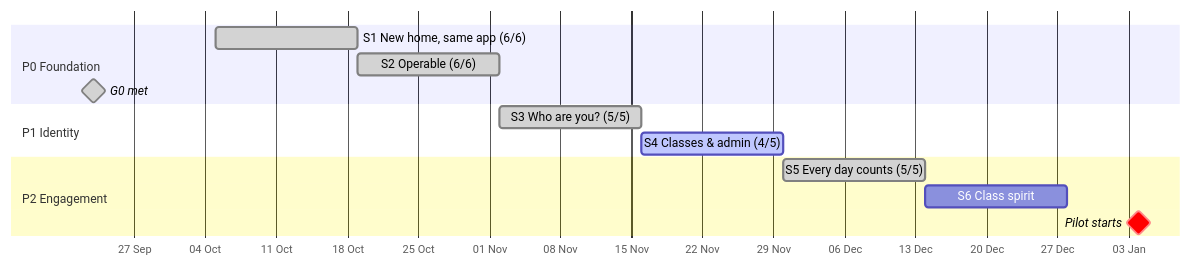
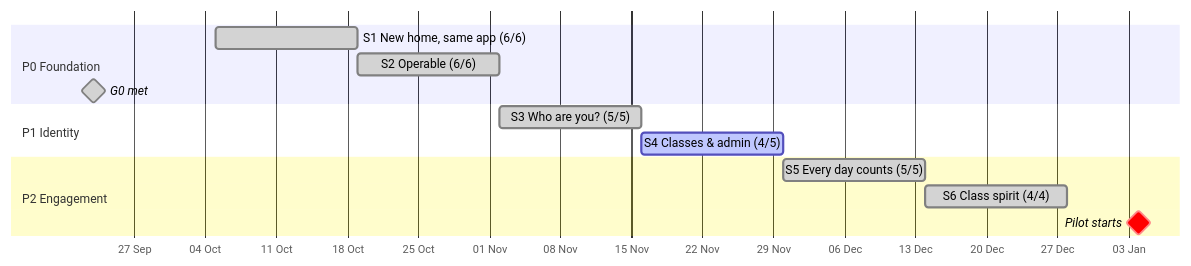
The first of 2 diagrams in docs/plan/sprint-plan.md (Sira-Labs/Suffa), drawn with Mermaid before and after one commit. The commit also changed other lines of this file and 2 other files, not shown here.

First line of the commit message:
docs: sprint 6 done, VAPID settings, ADR-0016 notes for class layer and push

````diff
--- a/docs/plan/sprint-plan.md
+++ b/docs/plan/sprint-plan.md
@@ -17,17 +17,17 @@
 ```mermaid
 gantt
   dateFormat YYYY-MM-DD
   axisFormat %d %b
   todayMarker on
   section P0 Foundation
   S1 New home, same app (6/6)        :done, s1, 2026-10-05, 14d
   S2 Operable (6/6)                  :done, s2, after s1, 14d
   G0 met                             :milestone, done, g0, 2026-09-23, 0d
   section P1 Identity
   S3 Who are you? (5/5)              :done, s3, after s2, 14d
   S4 Classes & admin (4/5)          :active, s4, after s3, 14d
   section P2 Engagement
   S5 Every day counts (5/5)         :done, s5, after s4, 14d
-  S6 Class spirit                    :s6, after s5, 14d
+  S6 Class spirit (4/4)             :done, s6, after s5, 14d
   Pilot starts                       :milestone, crit, pilot, 2027-01-04, 0d
 ```
````
